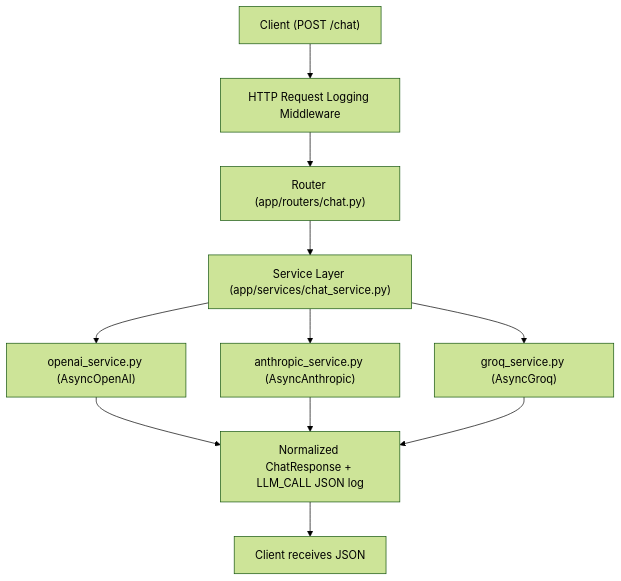
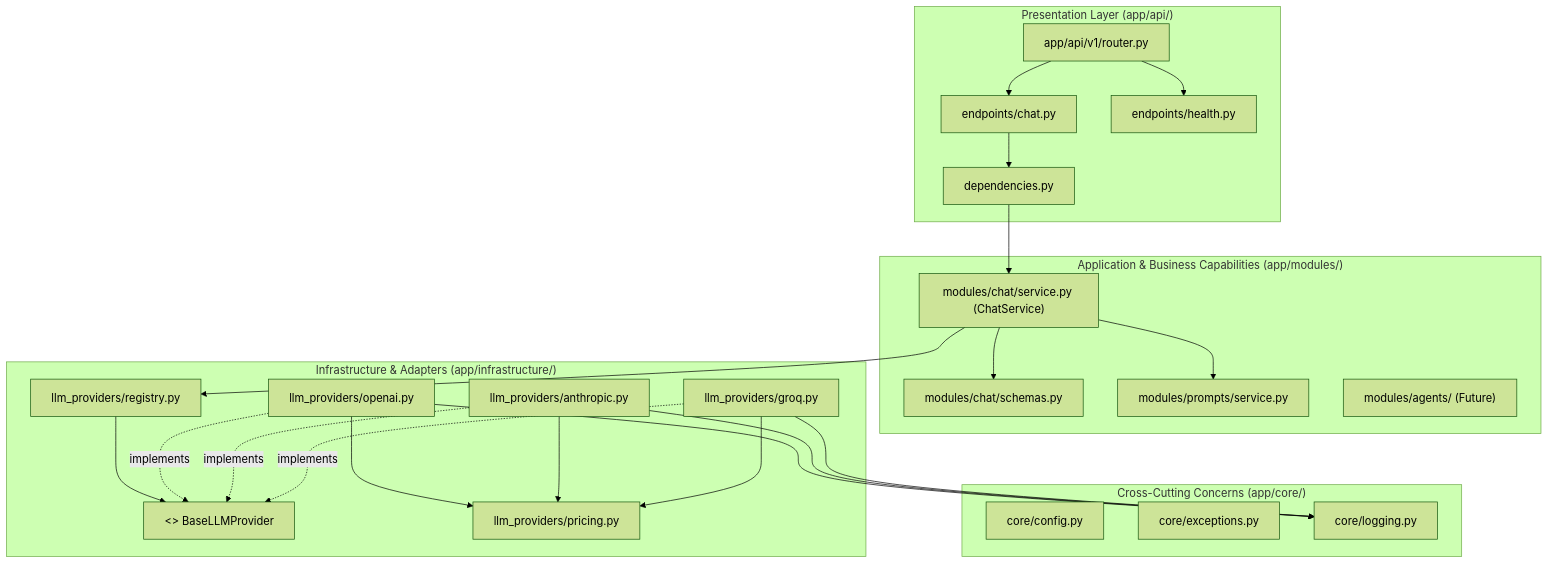
Before and after one commit to Aayushffc/FDE-Training: the diagram in README.md, drawn with Mermaid (forest theme). The commit also changed other lines of this file and 7 other files, not shown here.

````diff
--- a/README.md
+++ b/README.md
@@ -20,13 +23,49 @@
 ```mermaid
 flowchart TD
-    A["Client (POST /chat)"] --> B["HTTP Request Logging Middleware"]
-    B --> C["Router (app/routers/chat.py)"]
-    C --> D["Service Layer (app/services/chat_service.py)"]
-    D --> E["openai_service.py (AsyncOpenAI)"]
-    D --> F["anthropic_service.py (AsyncAnthropic)"]
-    D --> G["groq_service.py (AsyncGroq)"]
-    E --> H["Normalized ChatResponse + LLM_CALL JSON log"]
-    F --> H
-    G --> H
-    H --> I["Client receives JSON"]
+    subgraph Presentation ["Presentation Layer (app/api/)"]
+        Router["app/api/v1/router.py"]
+        ChatEP["endpoints/chat.py"]
+        HealthEP["endpoints/health.py"]
+        Deps["dependencies.py"]
+    end
+
+    subgraph Modules ["Application & Business Capabilities (app/modules/)"]
+        ChatService["modules/chat/service.py (ChatService)"]
+        ChatSchemas["modules/chat/schemas.py"]
+        PromptService["modules/prompts/service.py"]
+        Agents["modules/agents/ (Future)"]
+    end
+
+    subgraph Infrastructure ["Infrastructure & Adapters (app/infrastructure/)"]
+        Registry["llm_providers/registry.py"]
+        BaseProvider["<<interface>> BaseLLMProvider"]
+        OpenAI["llm_providers/openai.py"]
+        Anthropic["llm_providers/anthropic.py"]
+        Groq["llm_providers/groq.py"]
+        Pricing["llm_providers/pricing.py"]
+    end
+
+    subgraph Core ["Cross-Cutting Concerns (app/core/)"]
+        Config["core/config.py"]
+        Exceptions["core/exceptions.py"]
+        Logging["core/logging.py"]
+    end
+
+    Router --> ChatEP
+    Router --> HealthEP
+    ChatEP --> Deps
+    Deps --> ChatService
+    ChatService --> ChatSchemas
+    ChatService --> PromptService
+    ChatService --> Registry
+    Registry --> BaseProvider
+    OpenAI -.implements.-> BaseProvider
+    Anthropic -.implements.-> BaseProvider
+    Groq -.implements.-> BaseProvider
+    OpenAI --> Pricing
+    Anthropic --> Pricing
+    Groq --> Pricing
+    OpenAI --> Logging
+    Anthropic --> Logging
+    Groq --> Logging
 ```
````
